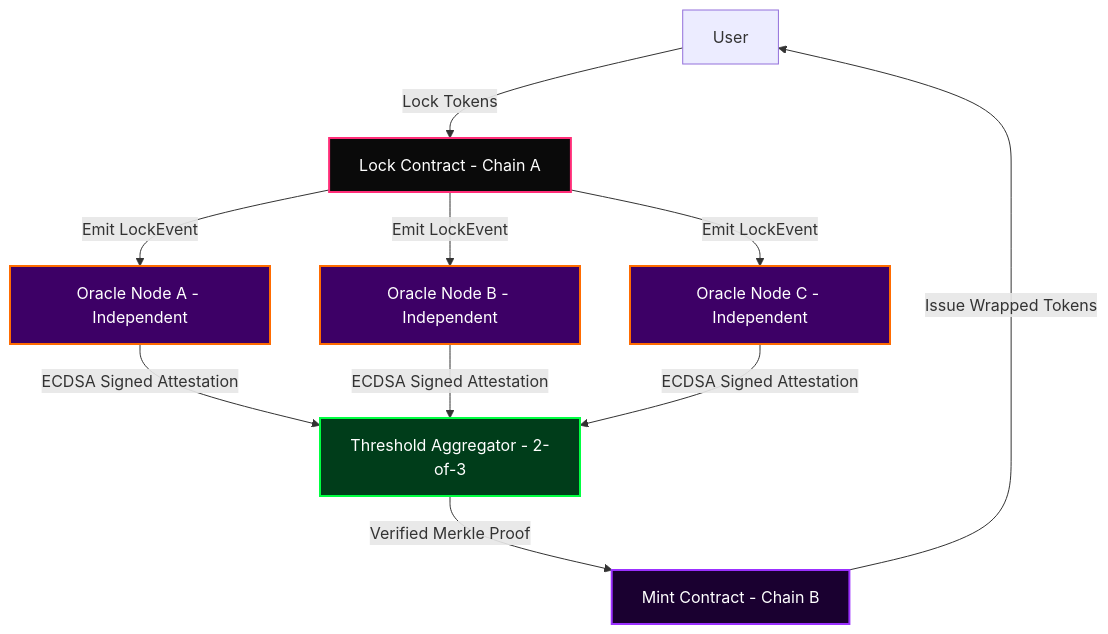
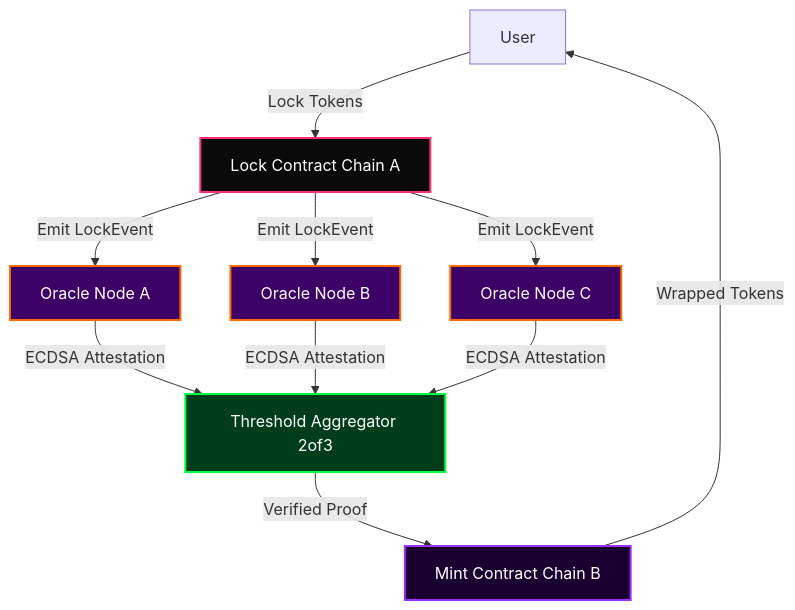
One commit to NewNexus001/newnexus001 changed the sixth of 25 diagrams in README.md. Above: the diagram before and after it, drawn with Mermaid. The commit also changed other lines of this file, not shown here.

````diff
--- a/README.md
+++ b/README.md
@@ -259,17 +222,17 @@
 ```mermaid
 graph TD
     classDef src fill:#0a0a0a,stroke:#FF2D78,stroke-width:2px,color:#fff
     classDef dst fill:#1a0030,stroke:#9B30FF,stroke-width:2px,color:#fff
-    classDef relay fill:#3d0066,stroke:#FF6B00,stroke-width:2px,color:#fff
-    classDef verify fill:#003d1a,stroke:#00FF41,stroke-width:2px,color:#fff
+    classDef rel fill:#3d0066,stroke:#FF6B00,stroke-width:2px,color:#fff
+    classDef vfy fill:#003d1a,stroke:#00FF41,stroke-width:2px,color:#fff
 
-    USER["User"] -->|Lock Tokens| LC["Lock Contract - Chain A"]:::src
-    LC -->|Emit LockEvent| OA["Oracle Node A - Independent"]:::relay
-    LC -->|Emit LockEvent| OB["Oracle Node B - Independent"]:::relay
-    LC -->|Emit LockEvent| OC["Oracle Node C - Independent"]:::relay
-    OA -->|ECDSA Signed Attestation| AGG["Threshold Aggregator - 2-of-3"]:::verify
-    OB -->|ECDSA Signed Attestation| AGG
-    OC -->|ECDSA Signed Attestation| AGG
-    AGG -->|Verified Merkle Proof| MC["Mint Contract - Chain B"]:::dst
-    MC -->|Issue Wrapped Tokens| USER
+    USER["User"] -->|Lock Tokens| LC["Lock Contract Chain A"]:::src
+    LC -->|Emit LockEvent| OA["Oracle Node A"]:::rel
+    LC -->|Emit LockEvent| OB["Oracle Node B"]:::rel
+    LC -->|Emit LockEvent| OC["Oracle Node C"]:::rel
+    OA -->|ECDSA Attestation| AGG["Threshold Aggregator 2of3"]:::vfy
+    OB -->|ECDSA Attestation| AGG
+    OC -->|ECDSA Attestation| AGG
+    AGG -->|Verified Proof| MC["Mint Contract Chain B"]:::dst
+    MC -->|Wrapped Tokens| USER
 ```
````
